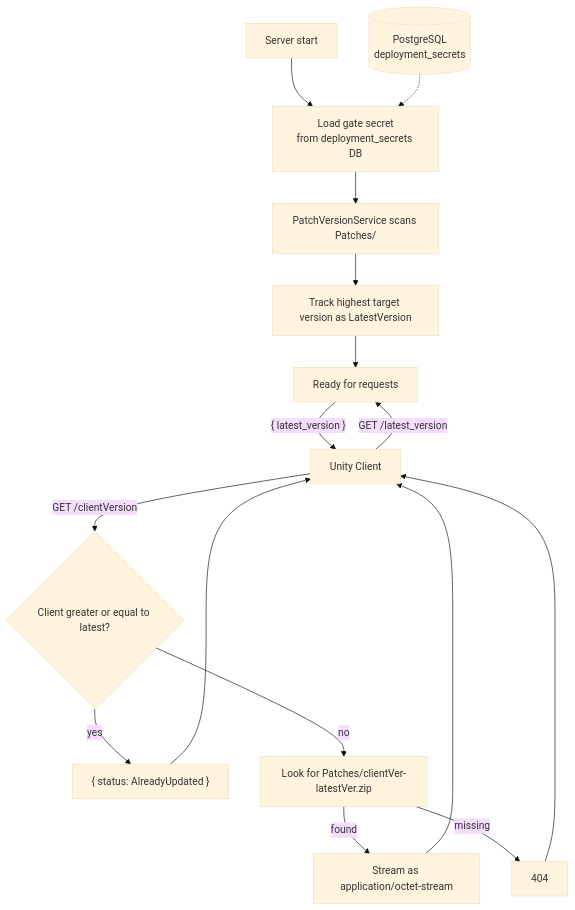
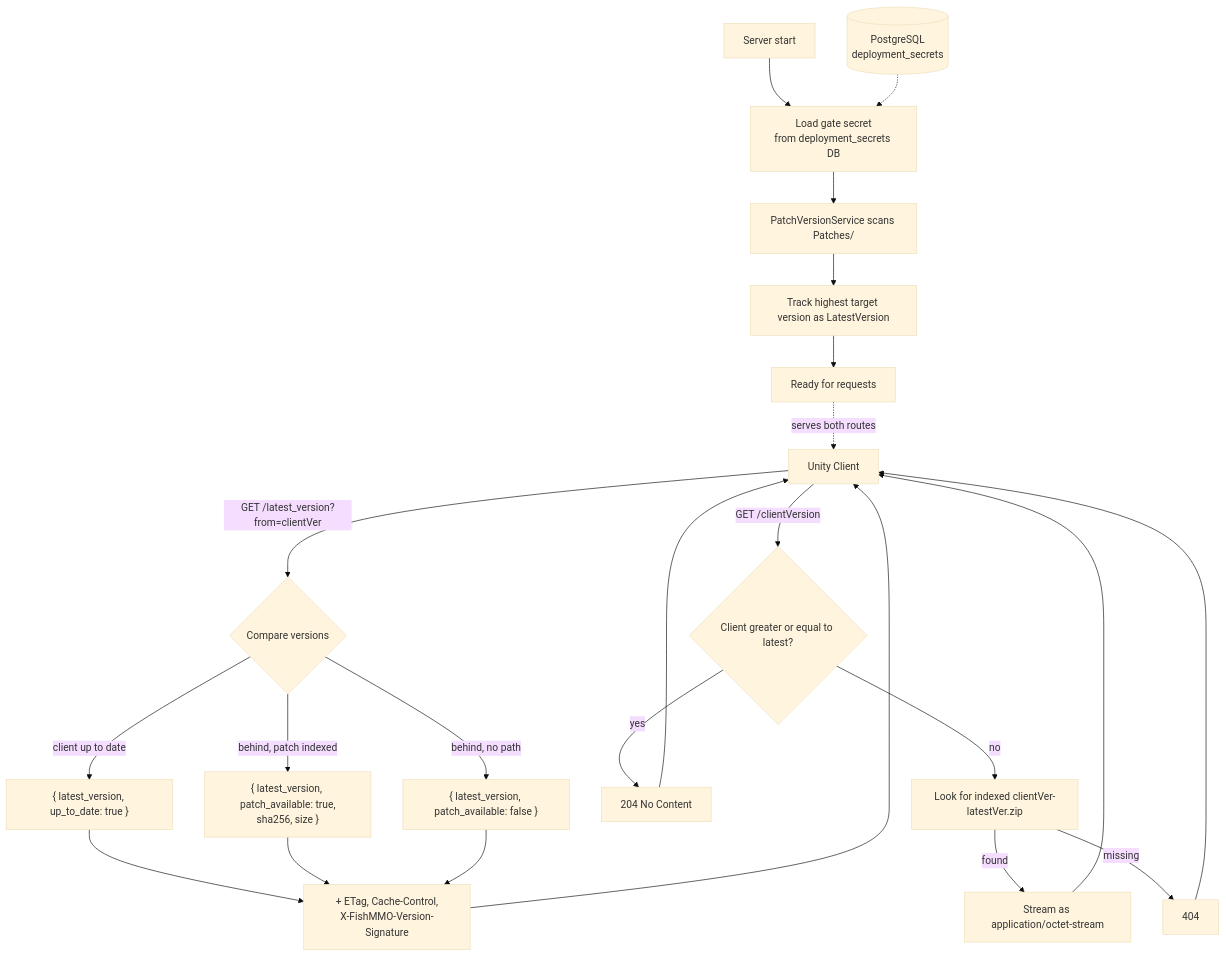
One commit to jimdroberts/FishMMO changed the diagram in FishMMO-WebServers/PatcherASP.NET/README.md. Above: the diagram before and after it, drawn with Mermaid (base theme). The commit also changed other lines of this file and 33 other files, not shown here.

Commit message:
FishMMO Update

````diff
--- a/FishMMO-WebServers/PatcherASP.NET/README.md
+++ b/FishMMO-WebServers/PatcherASP.NET/README.md
@@ -223,22 +258,29 @@
 ```mermaid
 flowchart TD
     Boot[Server start]
     Boot --> LoadSecret[Load gate secret\nfrom deployment_secrets DB]
     LoadSecret --> Scan[PatchVersionService scans Patches/]
     Scan --> Track[Track highest target version as LatestVersion]
     Track --> Ready[Ready for requests]
     DB[("PostgreSQL\ndeployment_secrets")] -.-> LoadSecret
 
-    Client[Unity Client] -->|GET /latest_version| Ready
-    Ready -->|"{ latest_version }"| Client
+    Client[Unity Client] -->|"GET /latest_version?from=clientVer"| Meta{Compare versions}
+    Meta -- "client up to date" --> UpToDate["{ latest_version, up_to_date: true }"]
+    Meta -- "behind, patch indexed" --> HavePatch["{ latest_version, patch_available: true,<br/>sha256, size }"]
+    Meta -- "behind, no path" --> NoPatch["{ latest_version, patch_available: false }"]
+    UpToDate --> Signed
+    HavePatch --> Signed
+    NoPatch --> Signed
+    Signed["+ ETag, Cache-Control,<br/>X-FishMMO-Version-Signature"] --> Client
 
     Client -->|GET /clientVersion| Cmp{Client greater or equal to latest?}
-    Cmp -- yes --> AlreadyUpdated["{ status: AlreadyUpdated }"]
-    Cmp -- no --> Lookup["Look for Patches/clientVer-latestVer.zip"]
+    Cmp -- yes --> NoContent["204 No Content"]
+    Cmp -- no --> Lookup["Look for indexed clientVer-latestVer.zip"]
     Lookup -->|found| Stream[Stream as application/octet-stream]
     Lookup -->|missing| NotFound[404]
 
+    Ready -.->|serves both routes| Client
     Stream --> Client
-    AlreadyUpdated --> Client
+    NoContent --> Client
     NotFound --> Client
 ```
````
